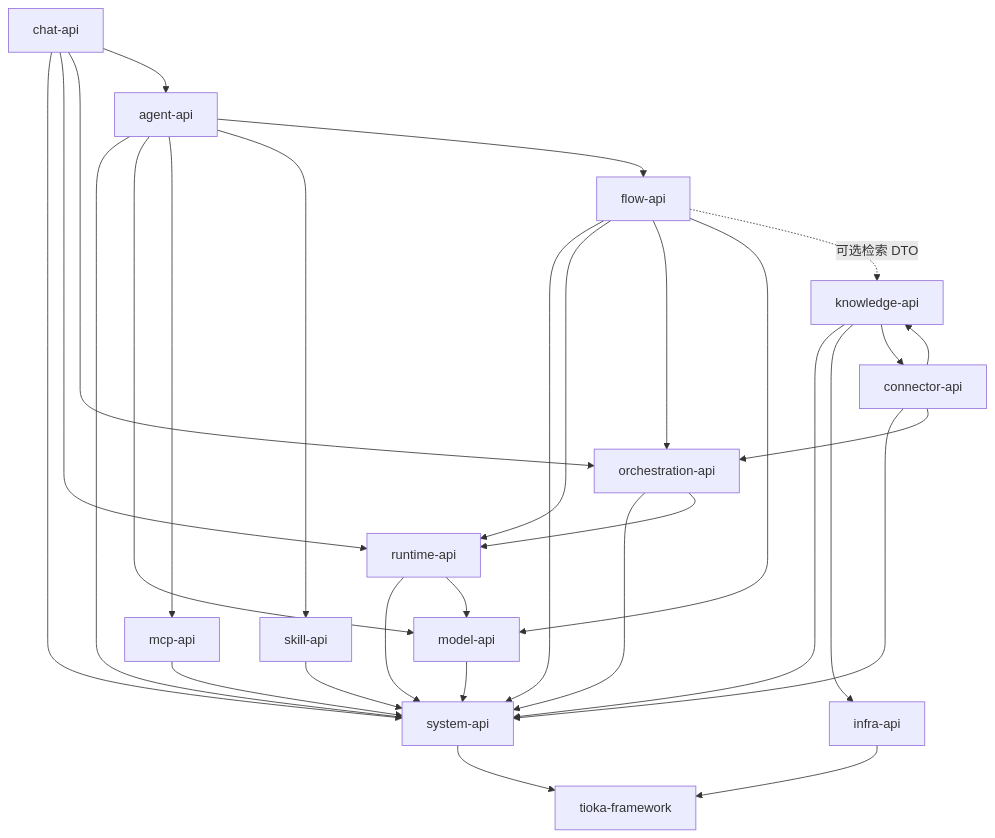
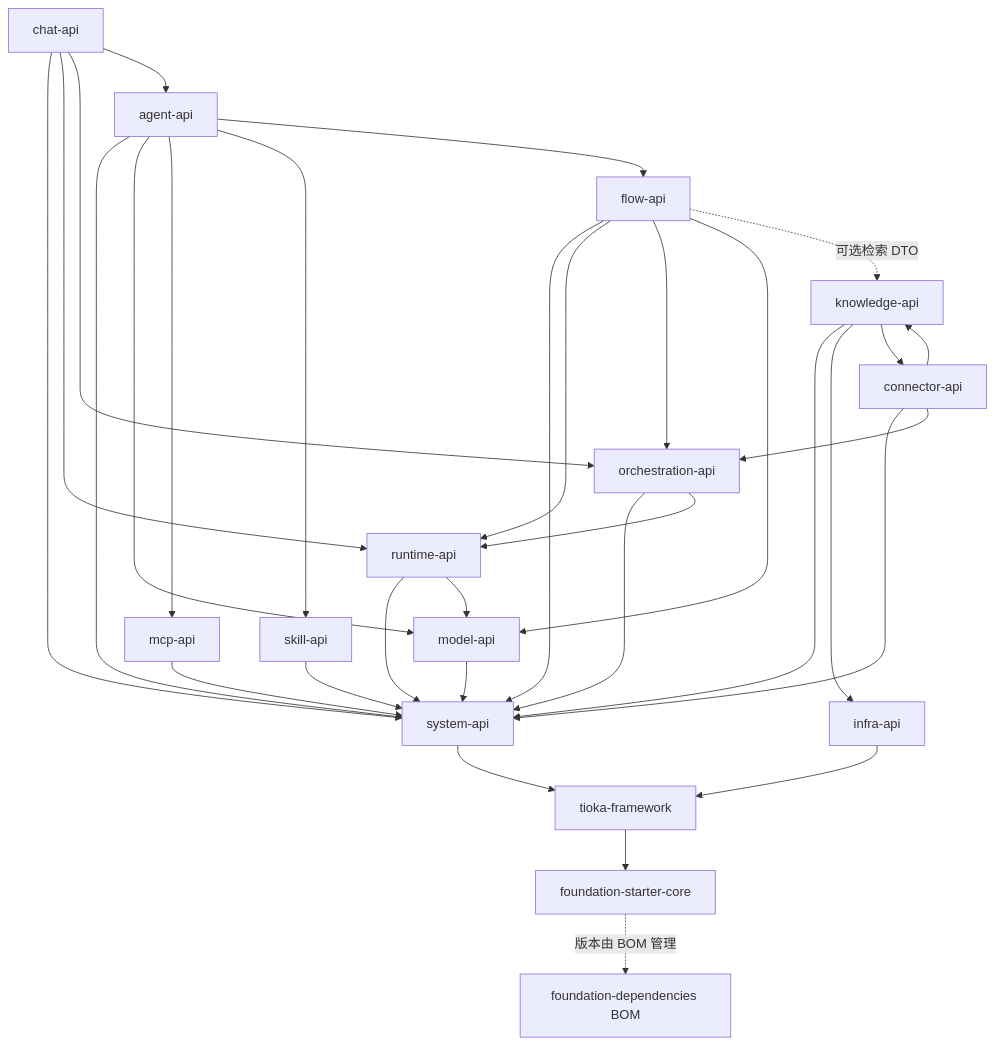
Before and after one commit to kwai92/Tioka: the diagram in docs/architecture/module-dependencies.md, drawn with Mermaid. The commit also changed other lines of this file and 10 other files, not shown here.

First line of the commit message:
feat(F1/BAS-26): 第一批接入 Foundation 底座 BOM 与双模式开关

````diff
--- a/docs/architecture/module-dependencies.md
+++ b/docs/architecture/module-dependencies.md
@@ -33,46 +34,50 @@
 ```mermaid
 flowchart TB
   FW[tioka-framework]
+  FDN[foundation-dependencies BOM]
+  FCORE[foundation-starter-core]
   SYS[system-api]
   INF[infra-api]
   RT[runtime-api]
   OR[orchestration-api]
   CH[chat-api]
   KN[knowledge-api]
   FL[flow-api]
   CO[connector-api]
   MD[model-api]
   AG[agent-api]
   MCP[mcp-api]
   SK[skill-api]
 
   SYS --> FW
   INF --> FW
   MD --> SYS
   RT --> SYS
   RT --> MD
   AG --> SYS
   AG --> MD
   AG --> MCP
   AG --> SK
   AG --> FL
   MCP --> SYS
   SK --> SYS
   OR --> SYS
   OR --> RT
   CH --> SYS
   CH --> RT
   CH --> OR
   CH --> AG
   KN --> SYS
   KN --> INF
   KN --> CO
   FL --> SYS
   FL --> RT
   FL --> OR
   FL --> MD
   FL -.->|可选检索 DTO| KN
   CO --> SYS
   CO --> OR
   CO --> KN
+  FW --> FCORE
+  FCORE -.->|版本由 BOM 管理| FDN
 ```
````
